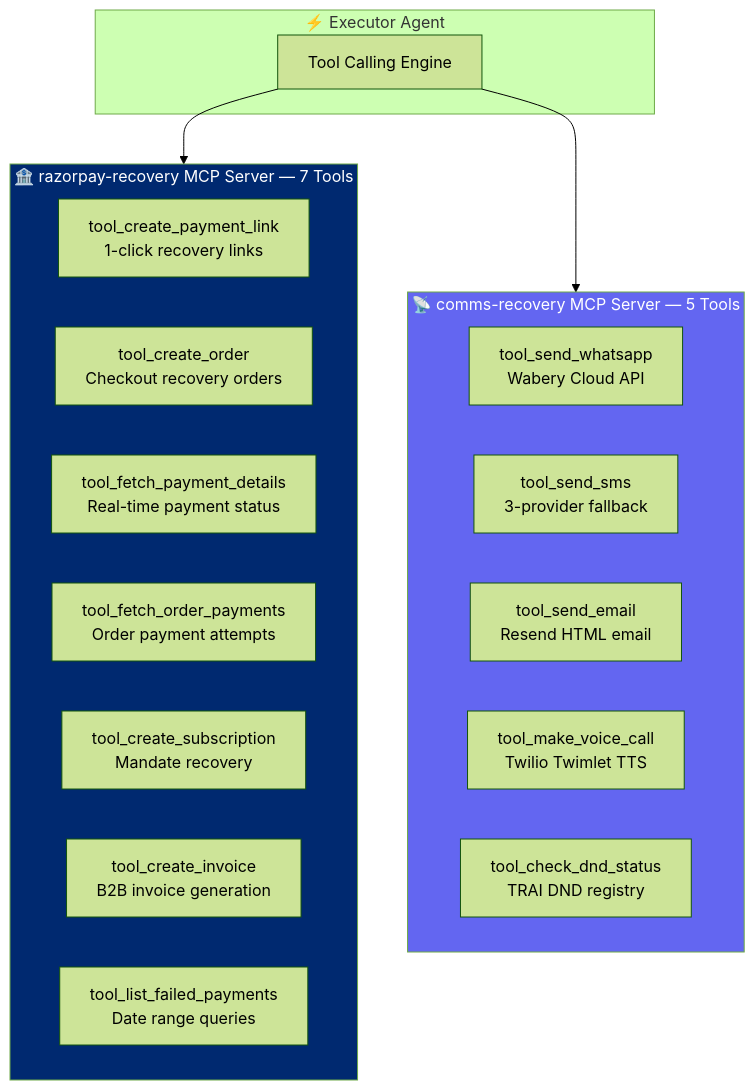
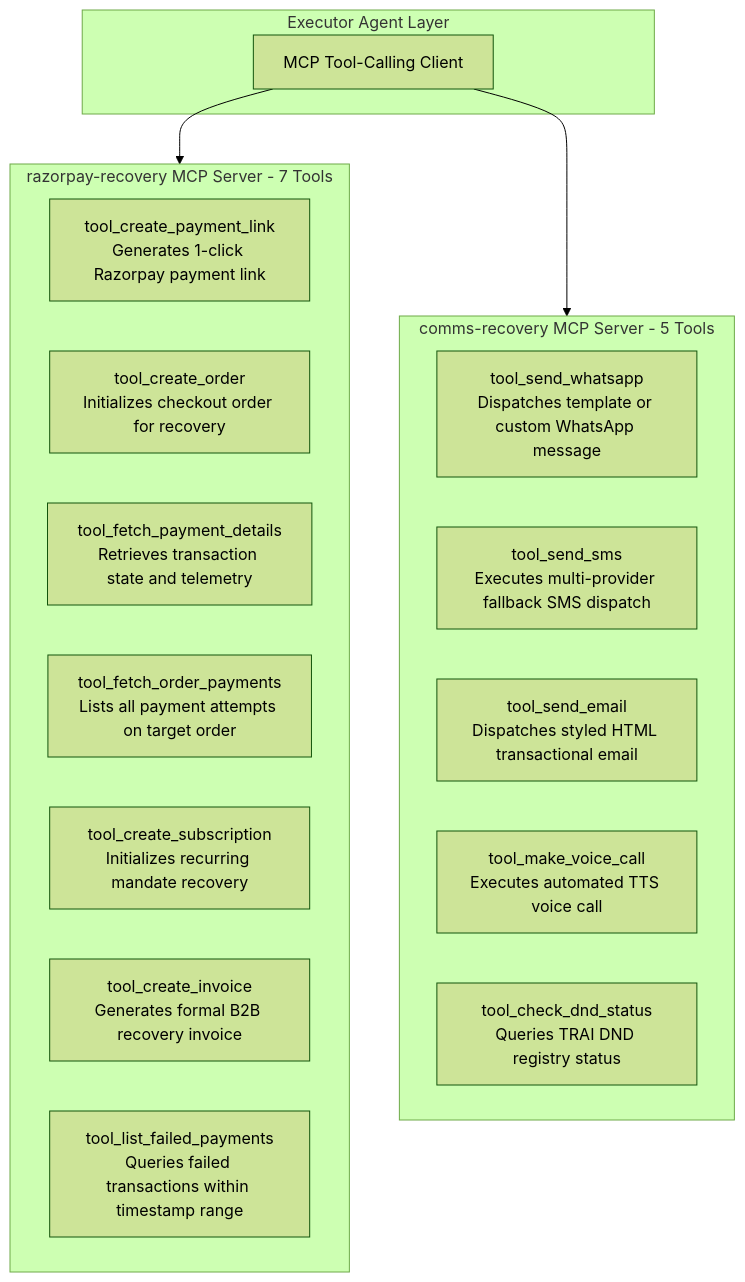
Before and after one commit to Gagan202005/recover-ai: the seventh of 10 diagrams in README.md, drawn with Mermaid (forest theme). The commit also changed other lines of this file, not shown here.

````diff
--- a/README.md
+++ b/README.md
@@ -500,30 +476,27 @@
 ```mermaid
 graph TB
-    subgraph Executor["⚡ Executor Agent"]
-        TC[Tool Calling Engine]
+    subgraph Executor["Executor Agent Layer"]
+        TC[MCP Tool-Calling Client]
     end
 
-    subgraph RZP_MCP["🏦 razorpay-recovery MCP Server — 7 Tools"]
-        T1["tool_create_payment_link<br/>1-click recovery links"]
-        T2["tool_create_order<br/>Checkout recovery orders"]
-        T3["tool_fetch_payment_details<br/>Real-time payment status"]
-        T4["tool_fetch_order_payments<br/>Order payment attempts"]
-        T5["tool_create_subscription<br/>Mandate recovery"]
-        T6["tool_create_invoice<br/>B2B invoice generation"]
-        T7["tool_list_failed_payments<br/>Date range queries"]
+    subgraph RZP_MCP["razorpay-recovery MCP Server - 7 Tools"]
+        T1["tool_create_payment_link<br/>Generates 1-click Razorpay payment link"]
+        T2["tool_create_order<br/>Initializes checkout order for recovery"]
+        T3["tool_fetch_payment_details<br/>Retrieves transaction state and telemetry"]
+        T4["tool_fetch_order_payments<br/>Lists all payment attempts on target order"]
+        T5["tool_create_subscription<br/>Initializes recurring mandate recovery"]
+        T6["tool_create_invoice<br/>Generates formal B2B recovery invoice"]
+        T7["tool_list_failed_payments<br/>Queries failed transactions within timestamp range"]
     end
 
-    subgraph COMMS_MCP["📡 comms-recovery MCP Server — 5 Tools"]
-        T8["tool_send_whatsapp<br/>Wabery Cloud API"]
-        T9["tool_send_sms<br/>3-provider fallback"]
-        T10["tool_send_email<br/>Resend HTML email"]
-        T11["tool_make_voice_call<br/>Twilio Twimlet TTS"]
-        T12["tool_check_dnd_status<br/>TRAI DND registry"]
+    subgraph COMMS_MCP["comms-recovery MCP Server - 5 Tools"]
+        T8["tool_send_whatsapp<br/>Dispatches template or custom WhatsApp message"]
+        T9["tool_send_sms<br/>Executes multi-provider fallback SMS dispatch"]
+        T10["tool_send_email<br/>Dispatches styled HTML transactional email"]
+        T11["tool_make_voice_call<br/>Executes automated TTS voice call"]
+        T12["tool_check_dnd_status<br/>Queries TRAI DND registry status"]
     end
 
     TC --> RZP_MCP
     TC --> COMMS_MCP
-
-    style RZP_MCP fill:#002970,color:#fff
-    style COMMS_MCP fill:#6366f1,color:#fff
 ```
````
